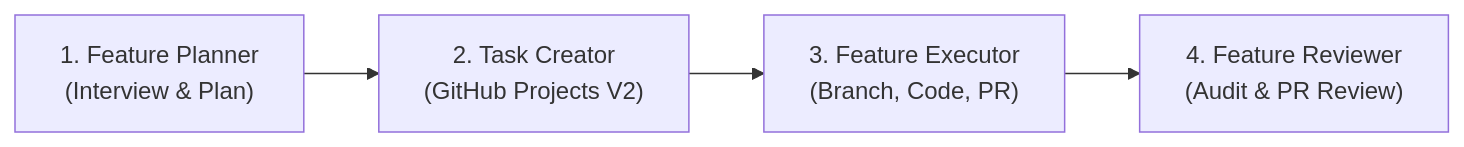
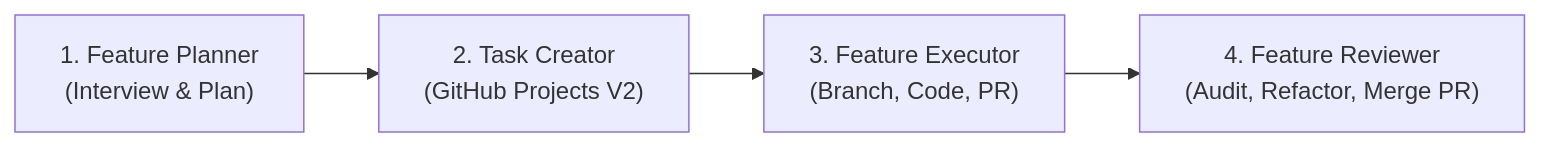
The diagram in skills/feature-workflow/SKILL.md (phmmyadmin/Tagalog-Learning), drawn with Mermaid before and after one commit. The commit also changed other lines of this file and 1 other file, not shown here.

Commit message:
docs(skills): update reviewer skill to require deep code audit, refactoring and auto PR merge

````diff
--- a/skills/feature-workflow/SKILL.md
+++ b/skills/feature-workflow/SKILL.md
@@ -10,6 +10,6 @@
 ```mermaid
 flowchart LR
     A["1. Feature Planner\n(Interview & Plan)"] --> B["2. Task Creator\n(GitHub Projects V2)"]
     B --> C["3. Feature Executor\n(Branch, Code, PR)"]
-    C --> D["4. Feature Reviewer\n(Audit & PR Review)"]
+    C --> D["4. Feature Reviewer\n(Audit, Refactor, Merge PR)"]
 ```
````
